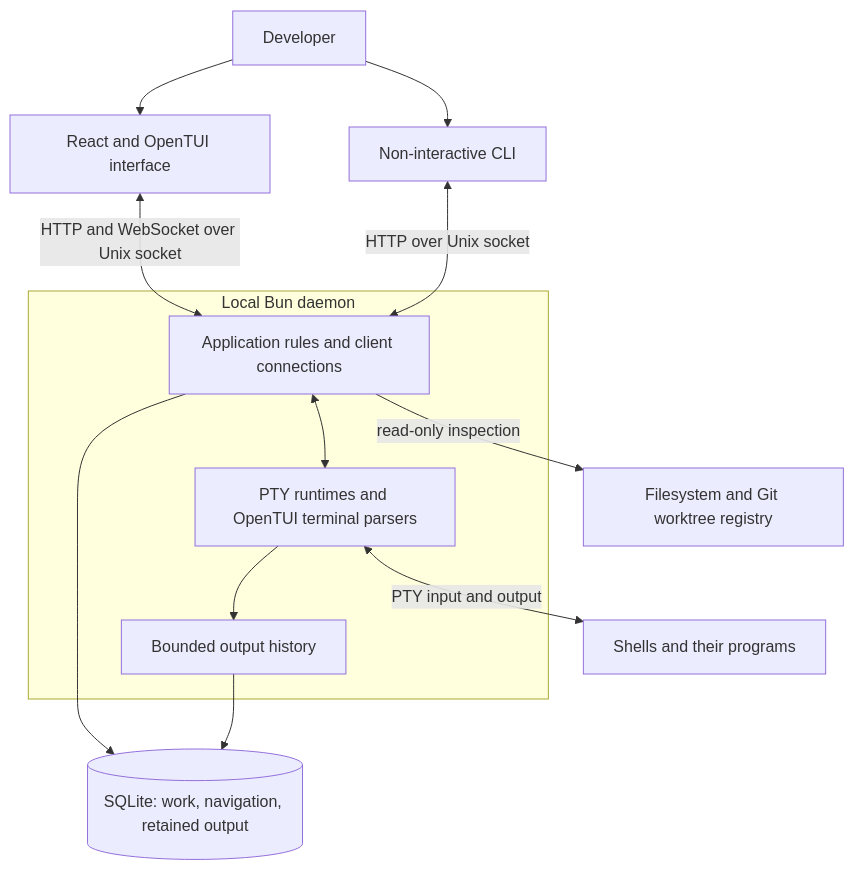
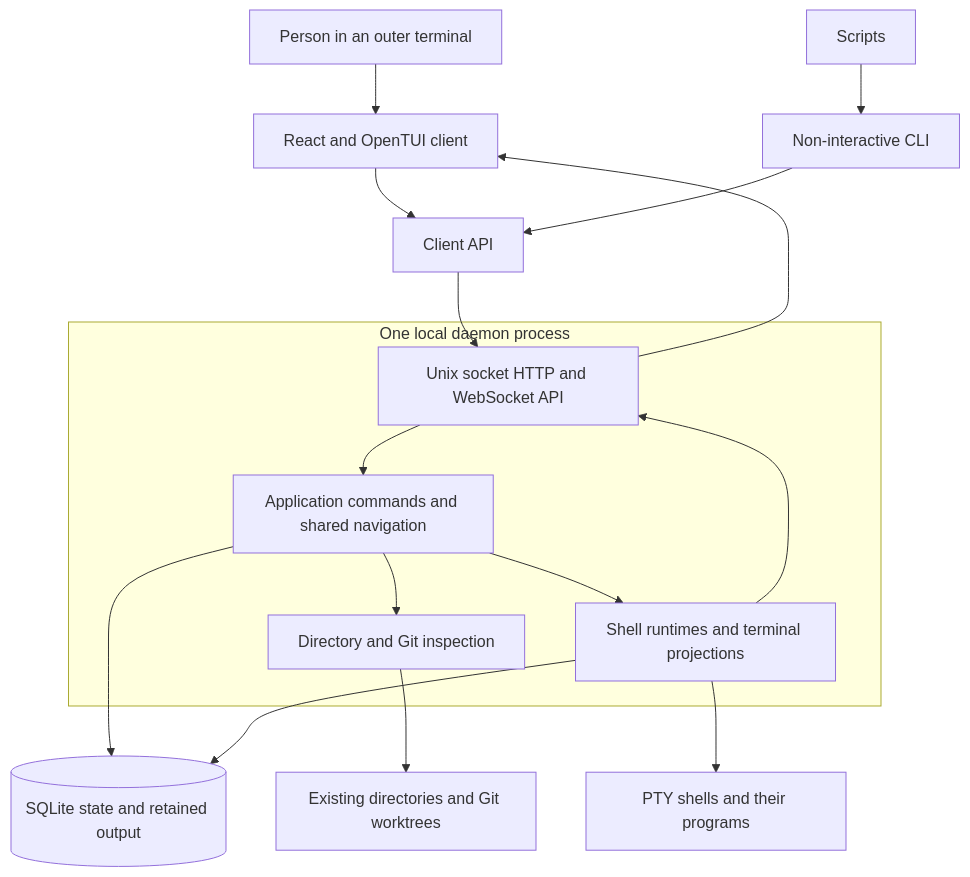
The diagram in docs/overview.md (console-craft/work-craft), drawn with Mermaid before and after one commit. The commit also changed other lines of this file and 23 other files, not shown here.

Commit message:
docs: restore capability-first architecture and local navigation

````diff
--- a/docs/overview.md
+++ b/docs/overview.md
@@ -18,18 +15,31 @@
 ```mermaid
 flowchart TB
-  User[Developer] --> TUI[React and OpenTUI interface]
-  User --> CLI[Non-interactive CLI]
-  subgraph Daemon[Local Bun daemon]
-    App[Application rules and client connections]
-    Runtime[PTY runtimes and OpenTUI terminal parsers]
-    History[Bounded output history]
-    App <--> Runtime
-    Runtime --> History
-  end
-  TUI <-->|HTTP and WebSocket over Unix socket| App
-  CLI <-->|HTTP over Unix socket| App
-  App --> DB[(SQLite: work, navigation, retained output)]
-  History --> DB
-  Runtime <-->|PTY input and output| Shells[Shells and their programs]
-  App -->|read-only inspection| Git[Filesystem and Git worktree registry]
+    User[Person in an outer terminal]
+    Scripts[Scripts]
+    TUI[React and OpenTUI client]
+    CLI[Non-interactive CLI]
+    Client[Client API]
+    subgraph Daemon[One local daemon process]
+        API[Unix socket HTTP and WebSocket API]
+        App[Application commands and shared navigation]
+        Discovery[Directory and Git inspection]
+        Runtime[Shell runtimes and terminal projections]
+    end
+    DB[(SQLite state and retained output)]
+    Shells[PTY shells and their programs]
+    Files[Existing directories and Git worktrees]
+    User --> TUI
+    Scripts --> CLI
+    TUI --> Client
+    CLI --> Client
+    Client --> API
+    API --> App
+    App --> DB
+    App --> Discovery
+    Discovery --> Files
+    App --> Runtime
+    Runtime --> Shells
+    Runtime --> DB
+    Runtime --> API
+    API --> TUI
 ```
````
